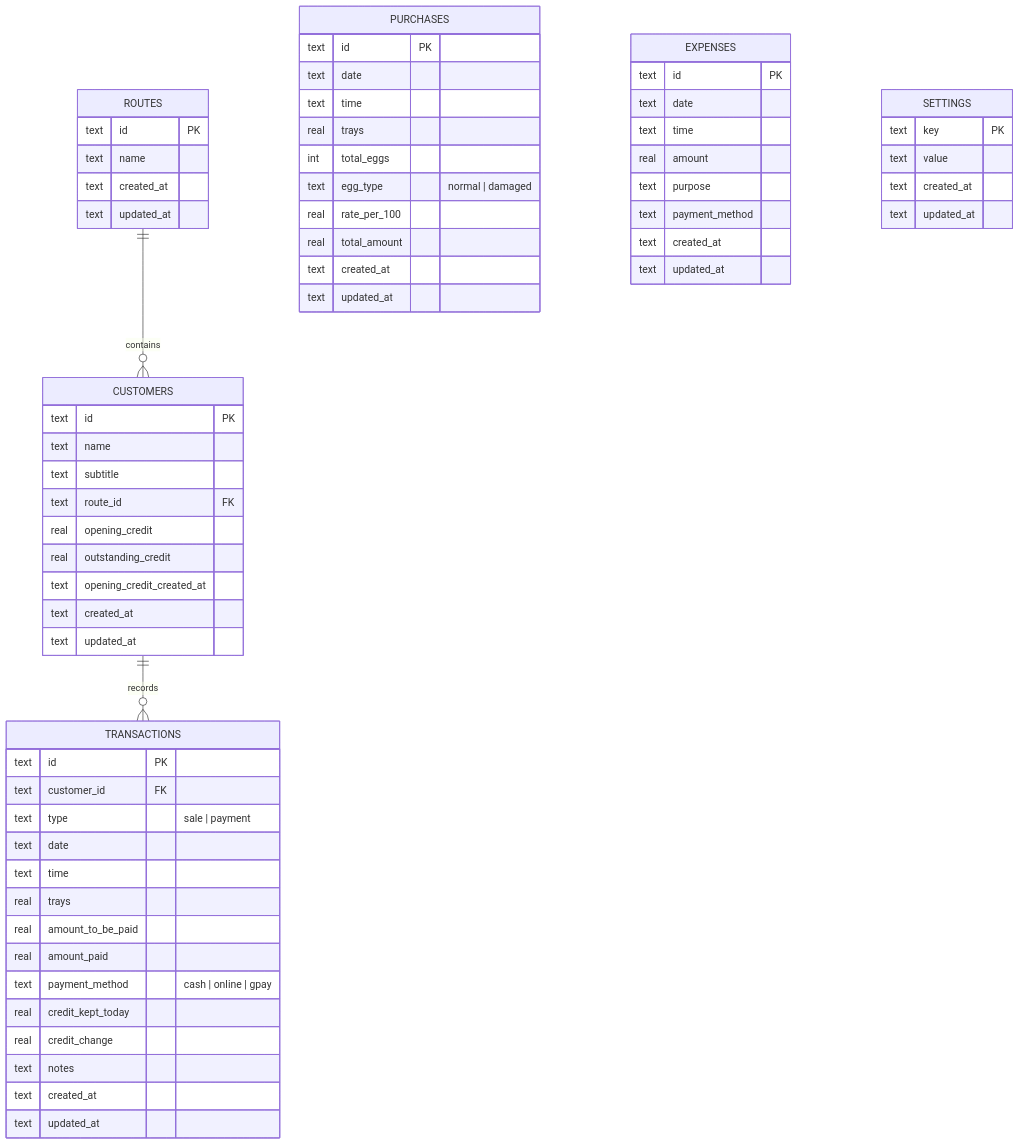
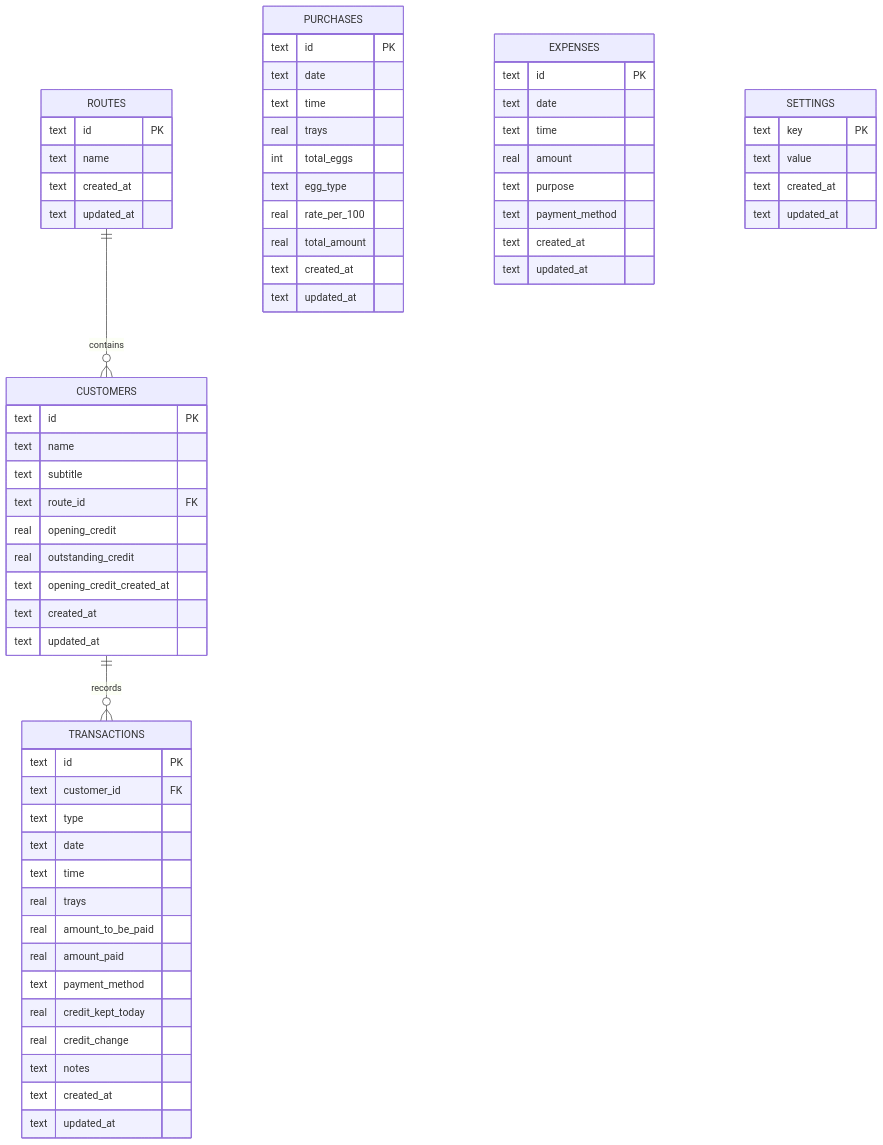
The third of 3 diagrams in README.md (VinayKumar7549/PoultryLedger), drawn with Mermaid before and after one commit. The commit also changed other lines of this file, not shown here.

Commit message:
fix(docs): quote Mermaid node labels for GitHub renderer compatibility

````diff
--- a/README.md
+++ b/README.md
@@ -207,72 +207,72 @@
 ```mermaid
 erDiagram
     ROUTES ||--o{ CUSTOMERS : contains
     CUSTOMERS ||--o{ TRANSACTIONS : records
     
     ROUTES {
         text id PK
         text name
         text created_at
         text updated_at
     }
 
     CUSTOMERS {
         text id PK
         text name
         text subtitle
         text route_id FK
         real opening_credit
         real outstanding_credit
         text opening_credit_created_at
         text created_at
         text updated_at
     }
 
     TRANSACTIONS {
         text id PK
         text customer_id FK
-        text type "sale | payment"
+        text type
         text date
         text time
         real trays
         real amount_to_be_paid
         real amount_paid
-        text payment_method "cash | online | gpay"
+        text payment_method
         real credit_kept_today
         real credit_change
         text notes
         text created_at
         text updated_at
     }
 
     PURCHASES {
         text id PK
         text date
         text time
         real trays
         int total_eggs
-        text egg_type "normal | damaged"
+        text egg_type
         real rate_per_100
         real total_amount
         text created_at
         text updated_at
     }
 
     EXPENSES {
         text id PK
         text date
         text time
         real amount
         text purpose
         text payment_method
         text created_at
         text updated_at
     }
 
     SETTINGS {
         text key PK
         text value
         text created_at
         text updated_at
     }
 ```
````
